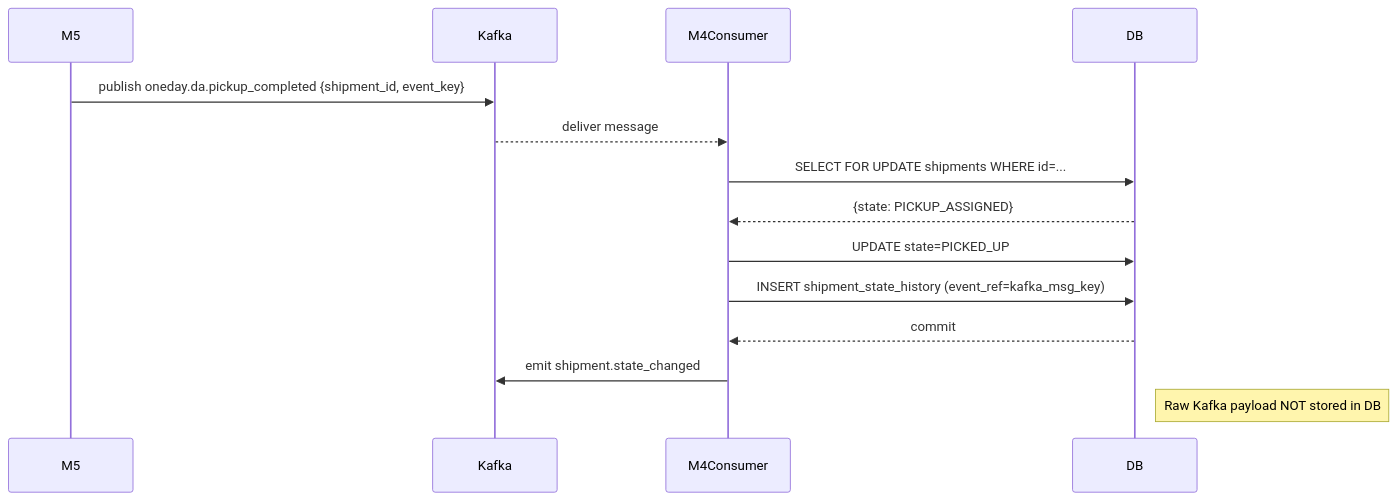
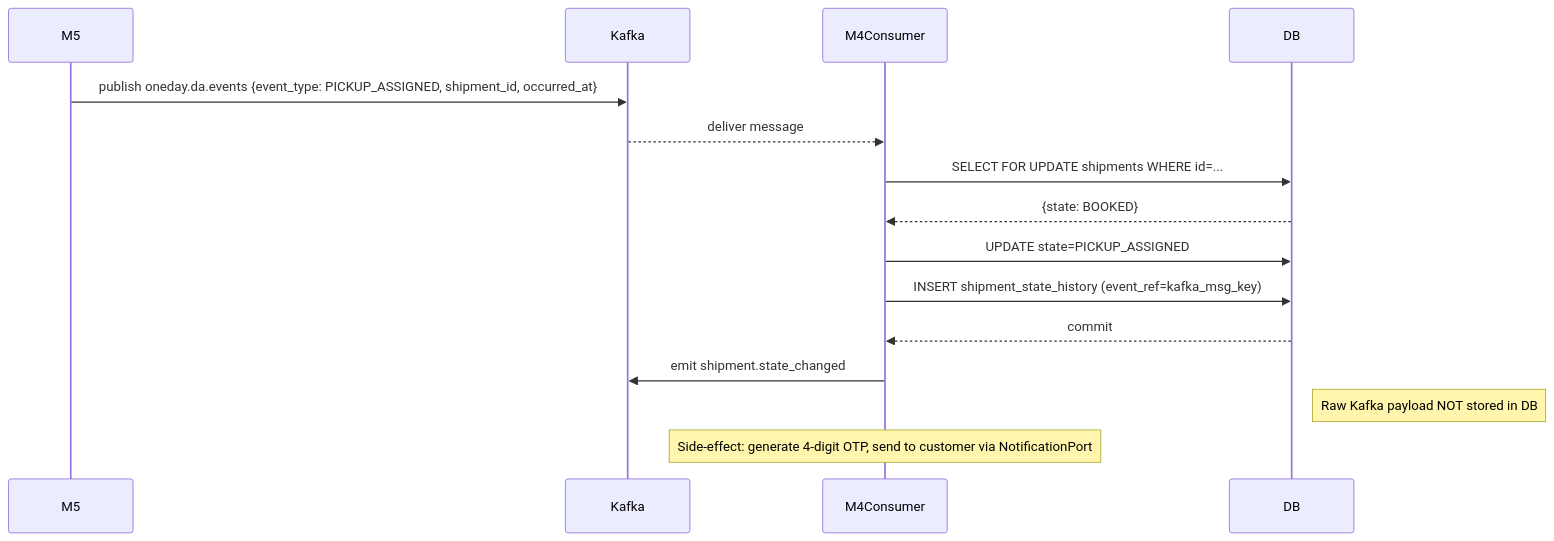
The third of 4 diagrams in docs/M4/M4-SEQUENCES.md (Sidarthapati/one_day_delivery), drawn with Mermaid before and after one commit. The commit also changed other lines of this file and 4 other files, not shown here.

````diff
--- a/docs/M4/M4-SEQUENCES.md
+++ b/docs/M4/M4-SEQUENCES.md
@@ -71,17 +71,18 @@
 ```mermaid
 sequenceDiagram
     participant M5
     participant Kafka
     participant M4Consumer
     participant DB
 
-    M5->>Kafka: publish oneday.da.pickup_completed {shipment_id, event_key}
+    M5->>Kafka: publish oneday.da.events {event_type: PICKUP_ASSIGNED, shipment_id, occurred_at}
     Kafka-->>M4Consumer: deliver message
     M4Consumer->>DB: SELECT FOR UPDATE shipments WHERE id=...
-    DB-->>M4Consumer: {state: PICKUP_ASSIGNED}
-    M4Consumer->>DB: UPDATE state=PICKED_UP
+    DB-->>M4Consumer: {state: BOOKED}
+    M4Consumer->>DB: UPDATE state=PICKUP_ASSIGNED
     M4Consumer->>DB: INSERT shipment_state_history (event_ref=kafka_msg_key)
     DB-->>M4Consumer: commit
     M4Consumer->>Kafka: emit shipment.state_changed
     Note right of DB: Raw Kafka payload NOT stored in DB
+    Note over M4Consumer: Side-effect: generate 4-digit OTP, send to customer via NotificationPort
 ```
````
